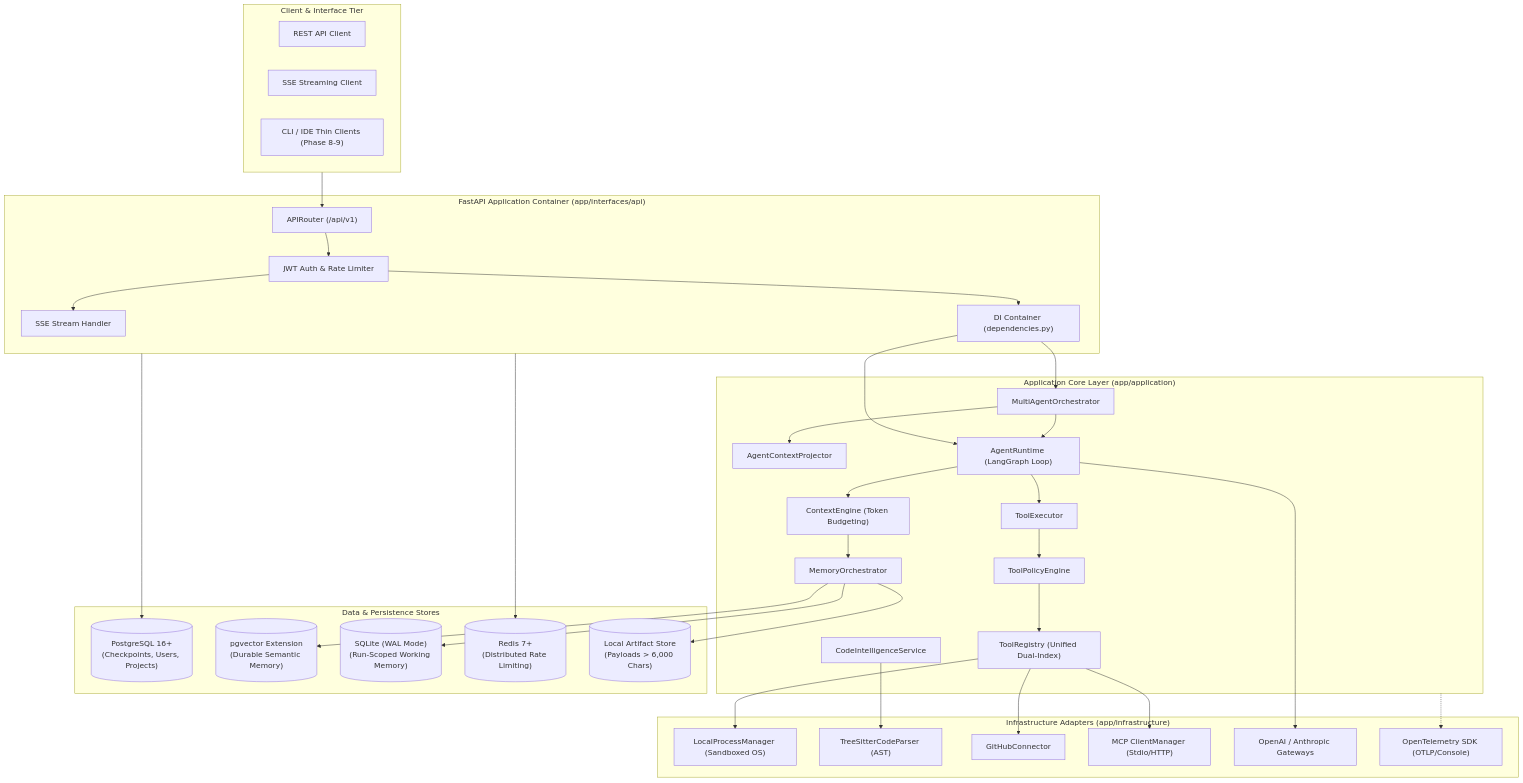
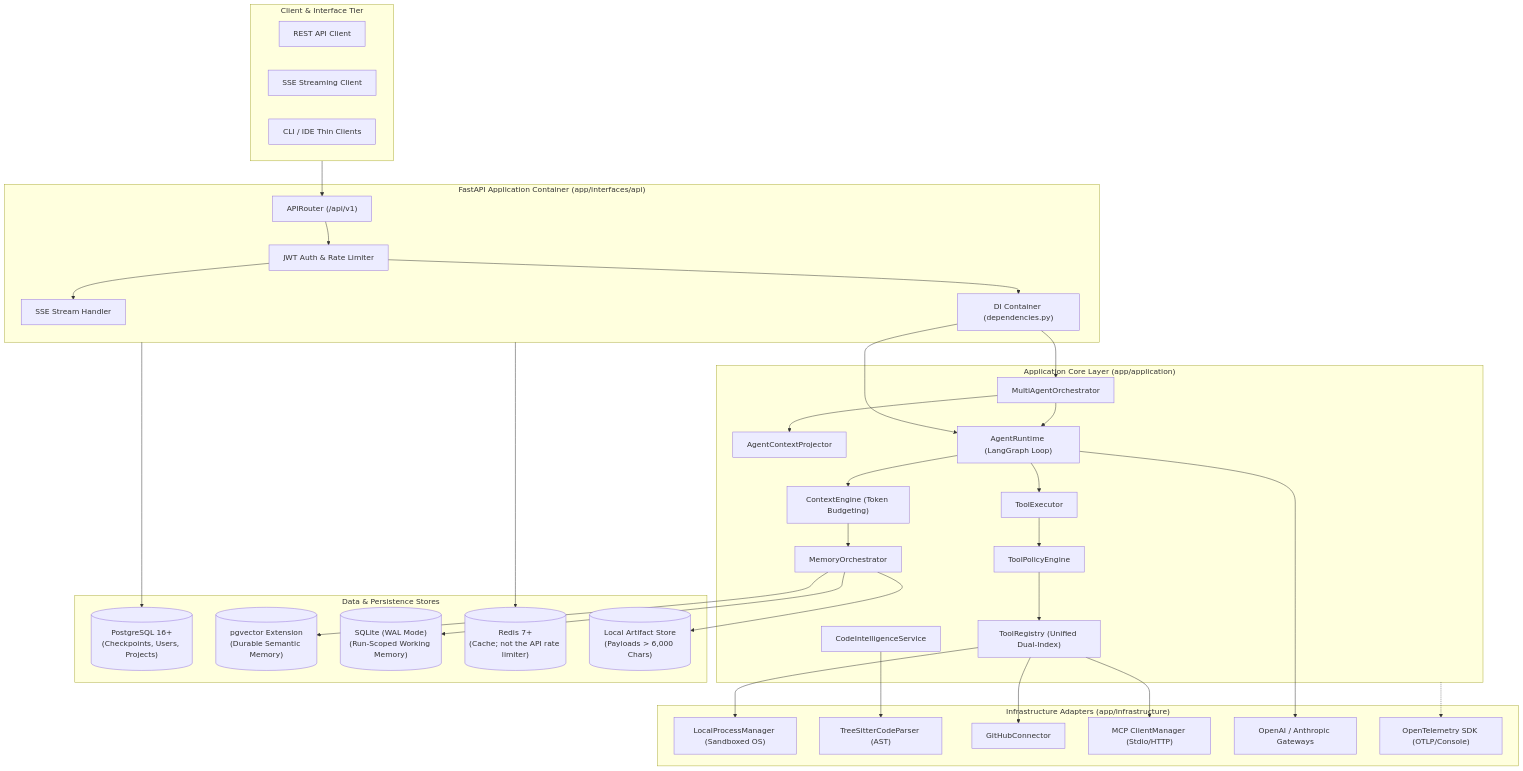
The diagram in docs/hld.md (Navin45/bytebuddhi), drawn with Mermaid before and after one commit. The commit also changed other lines of this file and 50 other files, not shown here.

````diff
--- a/docs/hld.md
+++ b/docs/hld.md
@@ -33,75 +33,75 @@
 ```mermaid
 flowchart TB
     subgraph Clients["Client & Interface Tier"]
         REST_Client["REST API Client"]
         SSE_Client["SSE Streaming Client"]
-        CLI_Client["CLI / IDE Thin Clients (Phase 8-9)"]
+        CLI_Client["CLI / IDE Thin Clients"]
     end
 
     subgraph API_Container["FastAPI Application Container (app/interfaces/api)"]
         Router["APIRouter (/api/v1)"]
         AuthMid["JWT Auth & Rate Limiter"]
         SSE["SSE Stream Handler"]
         DI["DI Container (dependencies.py)"]
     end
 
     subgraph App_Container["Application Core Layer (app/application)"]
         Orchestrator["MultiAgentOrchestrator"]
         Projector["AgentContextProjector"]
         Runtime["AgentRuntime (LangGraph Loop)"]
         Context["ContextEngine (Token Budgeting)"]
         MemoryOrch["MemoryOrchestrator"]
         ToolExec["ToolExecutor"]
         Policy["ToolPolicyEngine"]
         CodeIntel["CodeIntelligenceService"]
         CapRegistry["ToolRegistry (Unified Dual-Index)"]
     end
 
     subgraph Infra_Container["Infrastructure Adapters (app/infrastructure)"]
         ProcessMgr["LocalProcessManager (Sandboxed OS)"]
         TreeSitterParser["TreeSitterCodeParser (AST)"]
         GitHubConn["GitHubConnector"]
         MCPClient["MCP ClientManager (Stdio/HTTP)"]
         ModelGateways["OpenAI / Anthropic Gateways"]
         OTelSdk["OpenTelemetry SDK (OTLP/Console)"]
     end
 
     subgraph Data_Container["Data & Persistence Stores"]
         Postgres[("PostgreSQL 16+\n(Checkpoints, Users, Projects)")]
         PGVector[("pgvector Extension\n(Durable Semantic Memory)")]
         SQLite[("SQLite (WAL Mode)\n(Run-Scoped Working Memory)")]
-        Redis[("Redis 7+\n(Distributed Rate Limiting)")]
+        Redis[("Redis 7+\n(Cache; not the API rate limiter)")]
         ArtifactStore[("Local Artifact Store\n(Payloads > 6,000 Chars)")]
     end
 
     Clients --> Router
     Router --> AuthMid
     AuthMid --> SSE
     AuthMid --> DI
 
     DI --> Orchestrator
     DI --> Runtime
     Orchestrator --> Projector
     Orchestrator --> Runtime
 
     Runtime --> Context
     Runtime --> ToolExec
     Runtime --> ModelGateways
 
     Context --> MemoryOrch
     MemoryOrch --> SQLite
     MemoryOrch --> PGVector
     MemoryOrch --> ArtifactStore
 
     ToolExec --> Policy
     Policy --> CapRegistry
     CapRegistry --> ProcessMgr
     CapRegistry --> GitHubConn
     CapRegistry --> MCPClient
 
     CodeIntel --> TreeSitterParser
 
     App_Container -.-> OTelSdk
     API_Container --> Postgres
     API_Container --> Redis
 ```
````
